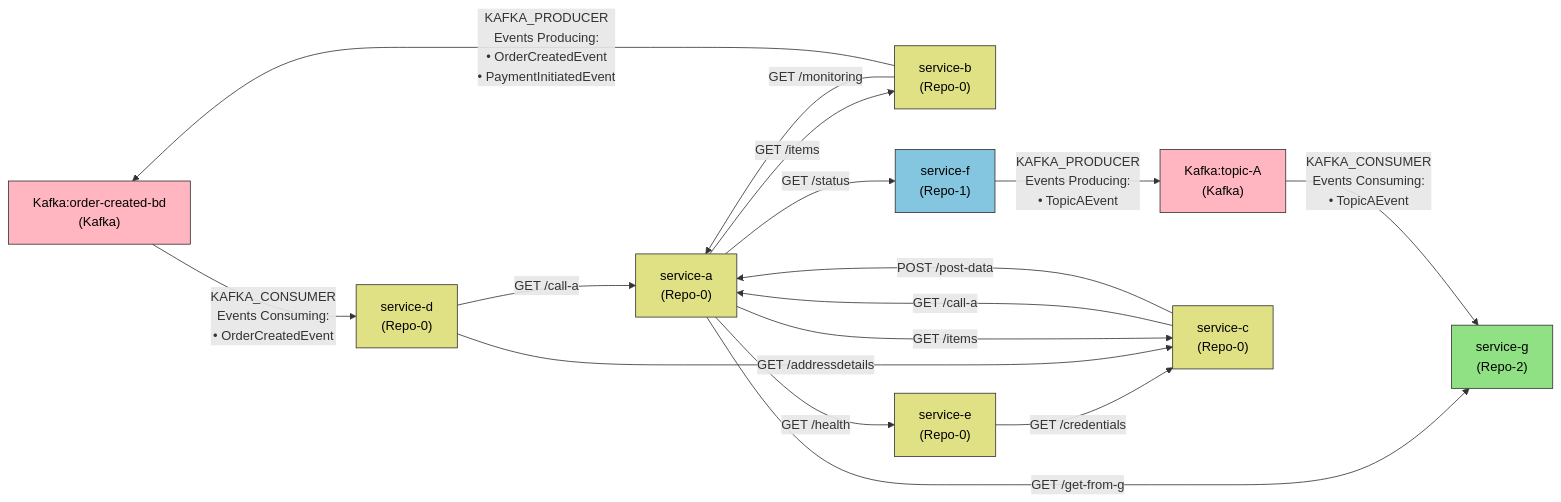
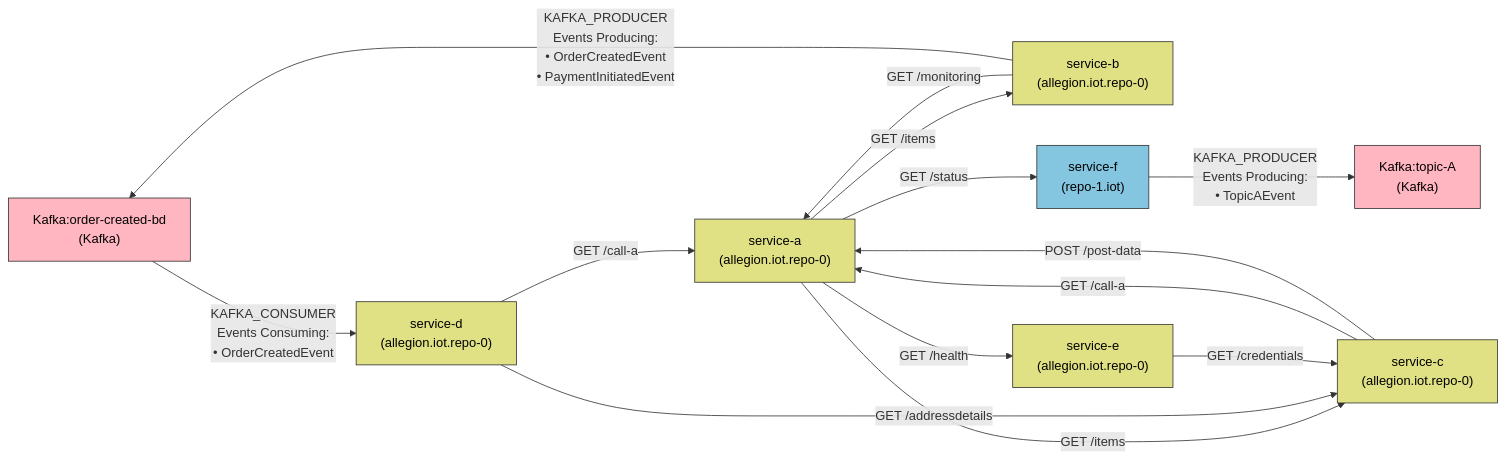
One commit to lokesh0507/First_project changed the diagram in output/deps.md. Above: the diagram before and after it, drawn with Mermaid. The commit also changed 4 other files, not shown here.

````diff
--- a/output/deps.md
+++ b/output/deps.md
@@ -1,47 +1,41 @@
 ```mermaid
 graph LR
 classDef Kafka fill:#FFB6C1,stroke:#333,color:#000
-classDef Repo_0 fill:#E0E084,stroke:#333,color:#000
-classDef Repo_1 fill:#84C5E0,stroke:#333,color:#000
-classDef Repo_2 fill:#90E084,stroke:#333,color:#000
+classDef allegion_iot_repo_0 fill:#E0E084,stroke:#333,color:#000
+classDef repo_1_iot fill:#84C5E0,stroke:#333,color:#000
 
   Kafka_order_created_bd["Kafka:order-created-bd
 (Kafka)"]
   Kafka_topic_A["Kafka:topic-A
 (Kafka)"]
   service_a["service-a
-(Repo-0)"]
+(allegion.iot.repo-0)"]
   service_b["service-b
-(Repo-0)"]
+(allegion.iot.repo-0)"]
   service_c["service-c
-(Repo-0)"]
+(allegion.iot.repo-0)"]
   service_d["service-d
-(Repo-0)"]
+(allegion.iot.repo-0)"]
   service_e["service-e
-(Repo-0)"]
+(allegion.iot.repo-0)"]
   service_f["service-f
-(Repo-1)"]
-  service_g["service-g
-(Repo-2)"]
+(repo-1.iot)"]
 
-  service_e -->|GET /credentials| service_c
-  service_d -->|GET /call-a| service_a
-  service_d -->|GET /addressdetails| service_c
   service_a -->|GET /items| service_b
   service_a -->|GET /items| service_c
   service_a -->|GET /health| service_e
-  service_a -->|GET /get-from-g| service_g
   service_a -->|GET /status| service_f
+  service_b -->|GET /monitoring| service_a
   service_c -->|GET /call-a| service_a
   service_c -->|POST /post-data| service_a
-  service_b -->|GET /monitoring| service_a
+  service_d -->|GET /call-a| service_a
+  service_d -->|GET /addressdetails| service_c
+  service_e -->|GET /credentials| service_c
+  service_b -->|"KAFKA_PRODUCER<br/>Events Producing:<br/>• OrderCreatedEvent<br/>• PaymentInitiatedEvent"| Kafka_order_created_bd
   Kafka_order_created_bd -->|"KAFKA_CONSUMER<br/>Events Consuming:<br/>• OrderCreatedEvent"| service_d
-  service_b -->|"KAFKA_PRODUCER<br/>Events Producing:<br/>• OrderCreatedEvent<br/>• PaymentInitiatedEvent"| Kafka_order_created_bd
-  Kafka_topic_A -->|"KAFKA_CONSUMER<br/>Events Consuming:<br/>• TopicAEvent"| service_g
   service_f -->|"KAFKA_PRODUCER<br/>Events Producing:<br/>• TopicAEvent"| Kafka_topic_A
 
 class Kafka_order_created_bd,Kafka_topic_A Kafka
-class service_a,service_b,service_c,service_d,service_e Repo_0
-class service_f Repo_1
-class service_g Repo_2
+class service_a,service_b,service_c,service_d,service_e allegion_iot_repo_0
+class service_f repo_1_iot
 ```
````
